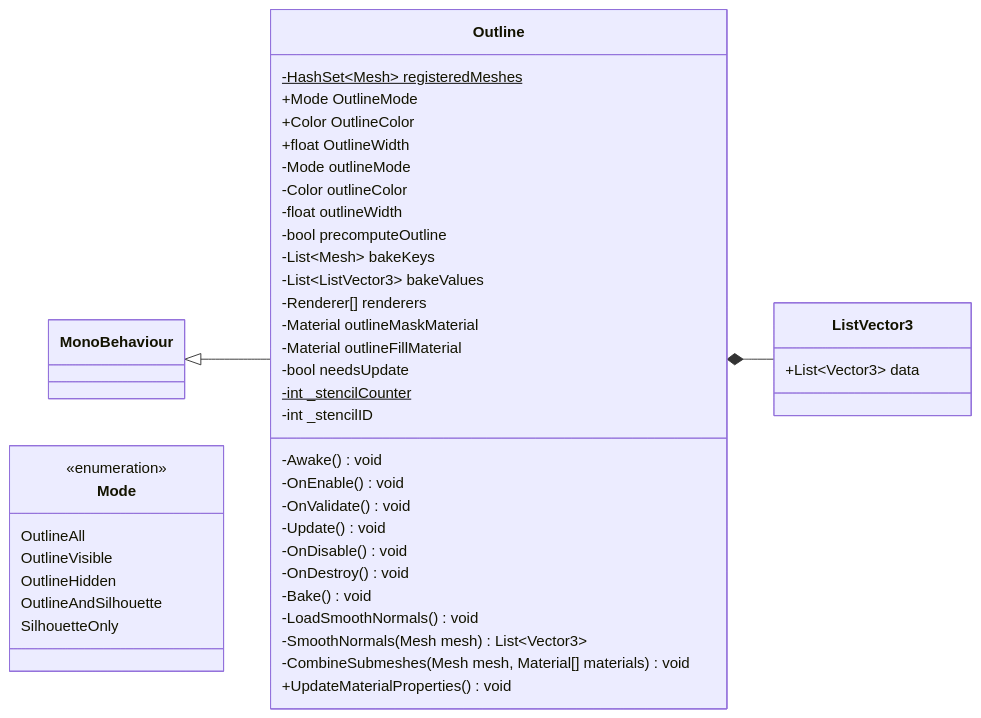
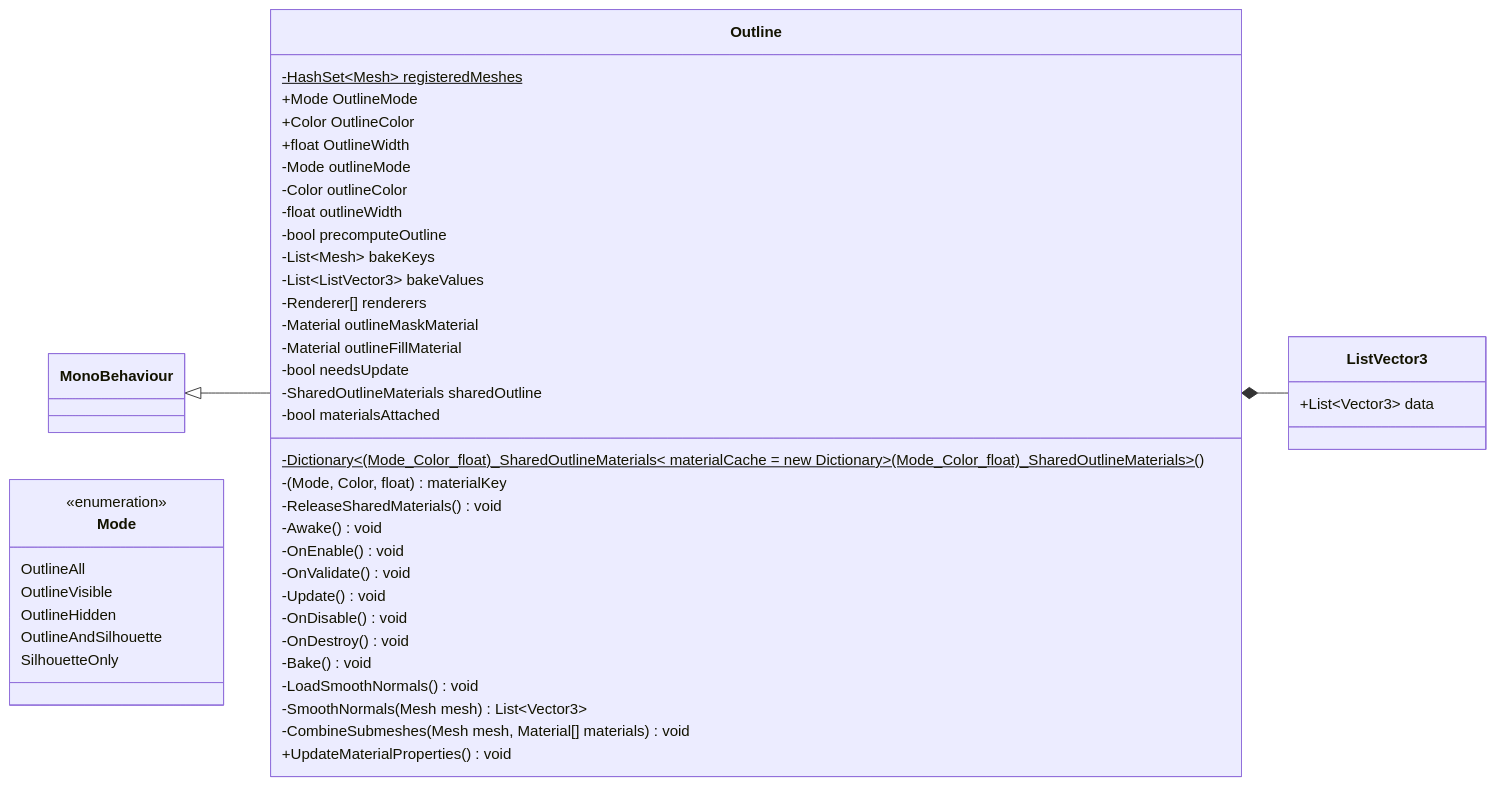
Before and after one commit to nchuoi2443/WaterConveyorSort: the eighth of 8 diagrams in Docs/ClassDiagram.md, drawn with Mermaid. The commit also changed other lines of this file and 70 other files, not shown here.

````diff
--- a/Docs/ClassDiagram.md
+++ b/Docs/ClassDiagram.md
@@ -1578,46 +1692,49 @@
 ```mermaid
 classDiagram
 direction LR
 class Outline {
     -HashSet~Mesh~ registeredMeshes$
     +Mode OutlineMode
     +Color OutlineColor
     +float OutlineWidth
     -Mode outlineMode
     -Color outlineColor
     -float outlineWidth
     -bool precomputeOutline
     -List~Mesh~ bakeKeys
     -List~ListVector3~ bakeValues
     -Renderer[] renderers
     -Material outlineMaskMaterial
     -Material outlineFillMaterial
     -bool needsUpdate
-    -int _stencilCounter$
-    -int _stencilID
+    -Dictionary~(Mode_Color_float)_SharedOutlineMaterials~ materialCache = new Dictionary~(Mode_Color_float)_SharedOutlineMaterials~()$
+    -(Mode, Color, float) materialKey
+    -SharedOutlineMaterials sharedOutline
+    -bool materialsAttached
+    -ReleaseSharedMaterials() void
     -Awake() void
     -OnEnable() void
     -OnValidate() void
     -Update() void
     -OnDisable() void
     -OnDestroy() void
     -Bake() void
     -LoadSmoothNormals() void
     -SmoothNormals(Mesh mesh) List~Vector3~
     -CombineSubmeshes(Mesh mesh, Material[] materials) void
     +UpdateMaterialProperties() void
 }
 MonoBehaviour <|-- Outline
 class Mode {
     <<enumeration>>
     OutlineAll
     OutlineVisible
     OutlineHidden
     OutlineAndSilhouette
     SilhouetteOnly
 }
 class ListVector3 {
     +List~Vector3~ data
 }
 Outline *-- ListVector3
 ```
````
